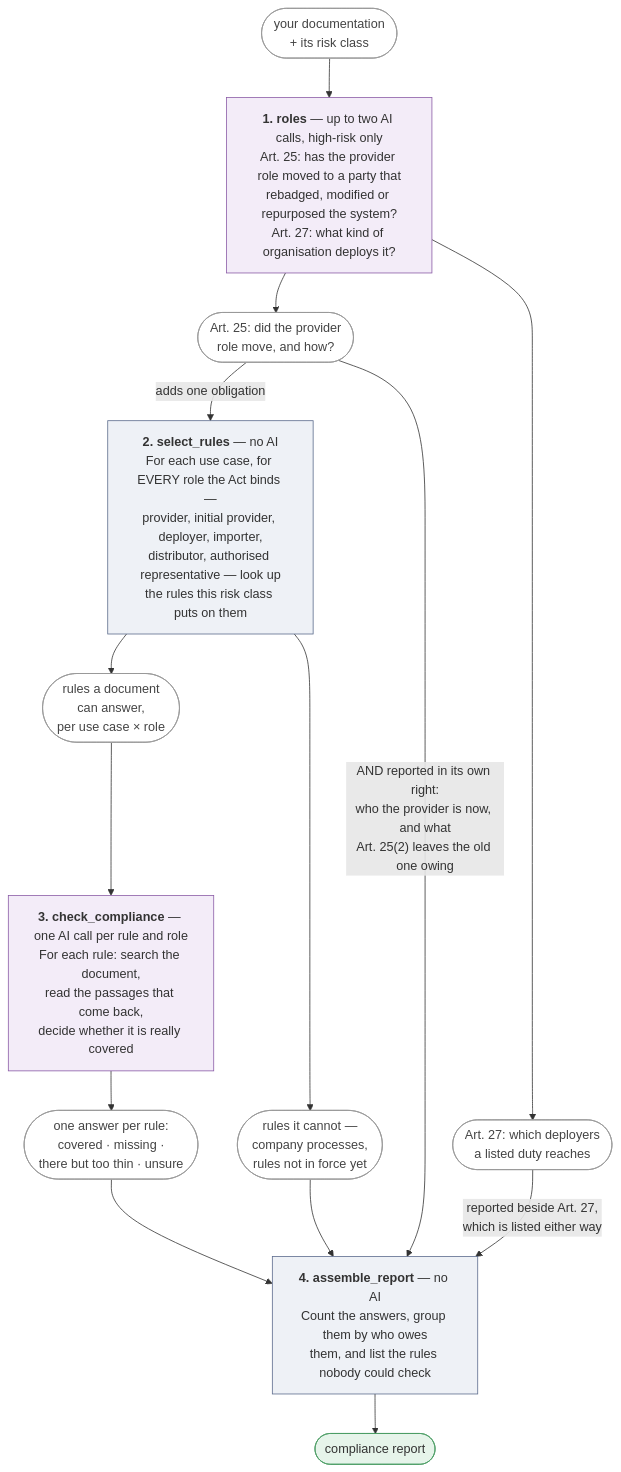
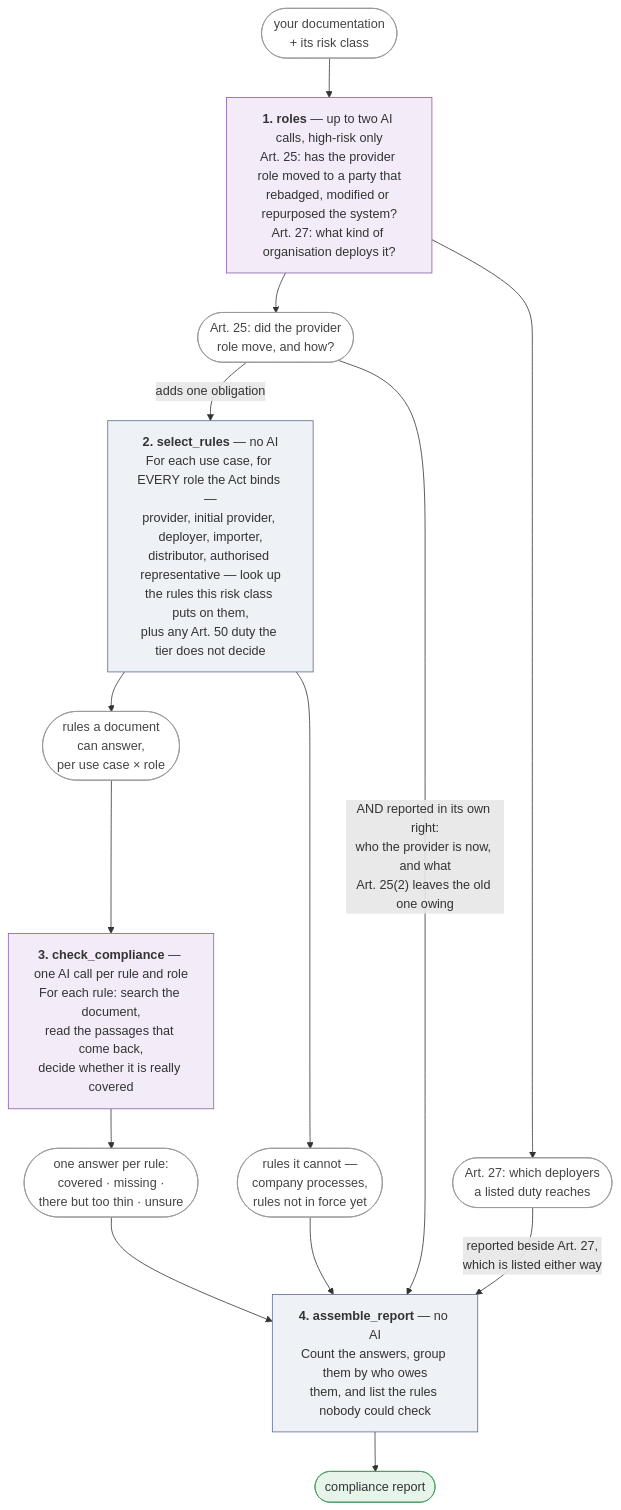
The second of 2 diagrams in README.md (vidibro/ai-act-compliance-agent), drawn with Mermaid before and after one commit. The commit also changed other lines of this file and 10 other files, not shown here.

Commit message:
Check the Art. 50 duty the cascade found, on the duty rather than on the tier

````diff
--- a/README.md
+++ b/README.md
@@ -252,27 +254,27 @@
 ```mermaid
 flowchart TD
     IN([your documentation<br/>+ its risk class]):::data --> ROLES
 
     ROLES["<b>1. roles</b> — up to two AI calls, high-risk only<br/>Art. 25: has the provider role moved to a party that<br/>rebadged, modified or repurposed the system?<br/>Art. 27: what kind of organisation deploys it?"]:::model
     ROLES --> MOVED([Art. 25: did the provider<br/>role move, and how?]):::data
     ROLES --> WHO([Art. 27: which deployers<br/>a listed duty reaches]):::data
     MOVED -->|"adds one obligation"| SEL
 
-    SEL["<b>2. select_rules</b> — no AI<br/>For each use case, for EVERY role the Act binds —<br/>provider, initial provider, deployer, importer,<br/>distributor, authorised representative — look up<br/>the rules this risk class puts on them"]:::code
+    SEL["<b>2. select_rules</b> — no AI<br/>For each use case, for EVERY role the Act binds —<br/>provider, initial provider, deployer, importer,<br/>distributor, authorised representative — look up<br/>the rules this risk class puts on them,<br/>plus any Art. 50 duty the tier does not decide"]:::code
     SEL --> CAN([rules a document<br/>can answer,<br/>per use case × role]):::data
     SEL --> CANT([rules it cannot —<br/>company processes,<br/>rules not in force yet]):::data
 
     CAN --> JUD["<b>3. check_compliance</b> — one AI call per rule and role<br/>For each rule: search the document,<br/>read the passages that come back,<br/>decide whether it is really covered"]:::model
     JUD --> V([one answer per rule:<br/>covered · missing ·<br/>there but too thin · unsure]):::data
 
     V --> ASM["<b>4. assemble_report</b> — no AI<br/>Count the answers, group them by who owes<br/>them, and list the rules nobody could check"]:::code
     CANT --> ASM
     WHO -->|"reported beside Art. 27,<br/>which is listed either way"| ASM
     MOVED -->|"AND reported in its own right:<br/>who the provider is now, and what<br/>Art. 25(2) leaves the old one owing"| ASM
     ASM --> OUT([compliance report]):::ok
 
     classDef code fill:#eef1f6,stroke:#5b6b8c
     classDef model fill:#f3ecf8,stroke:#8a5ba6
     classDef data fill:#fff,stroke:#999,color:#444
     classDef ok fill:#e6f4ea,stroke:#4a9d63
 ```
````
